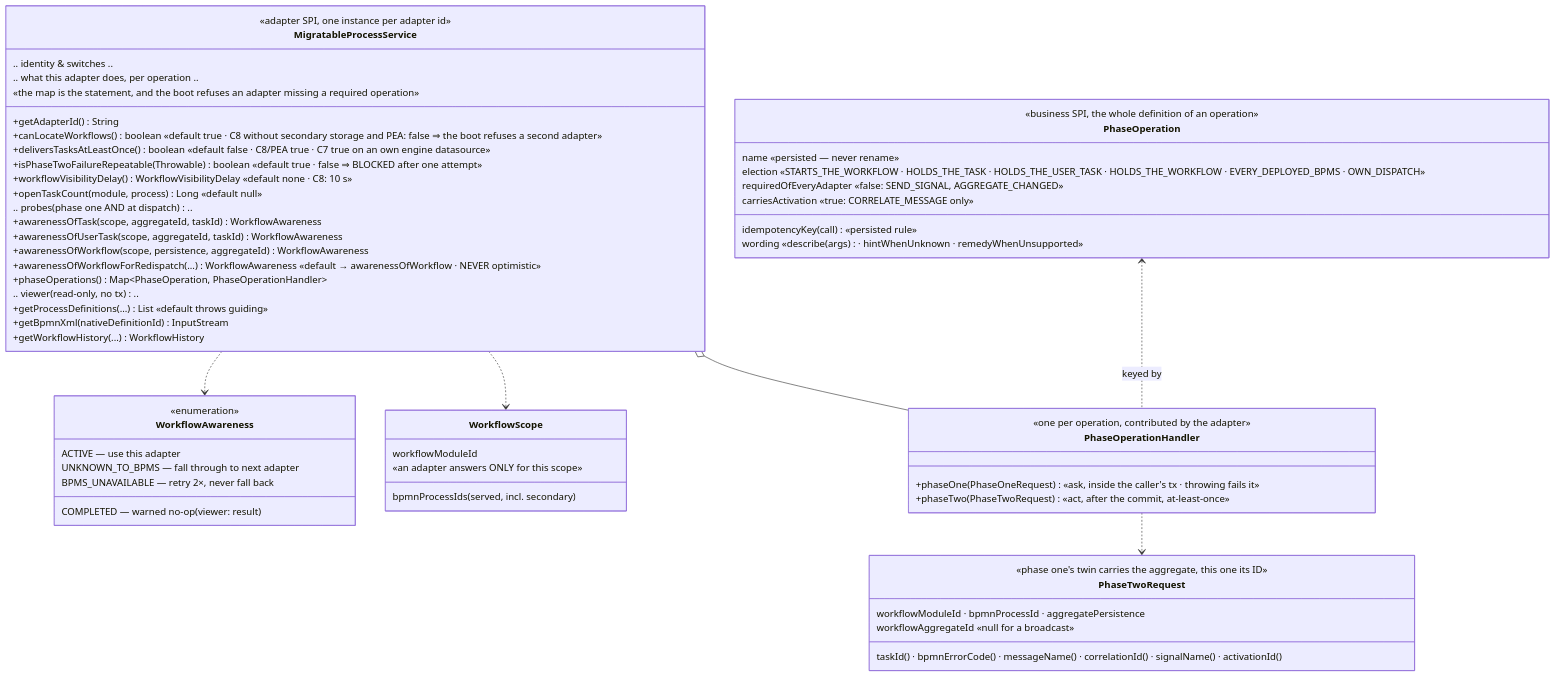
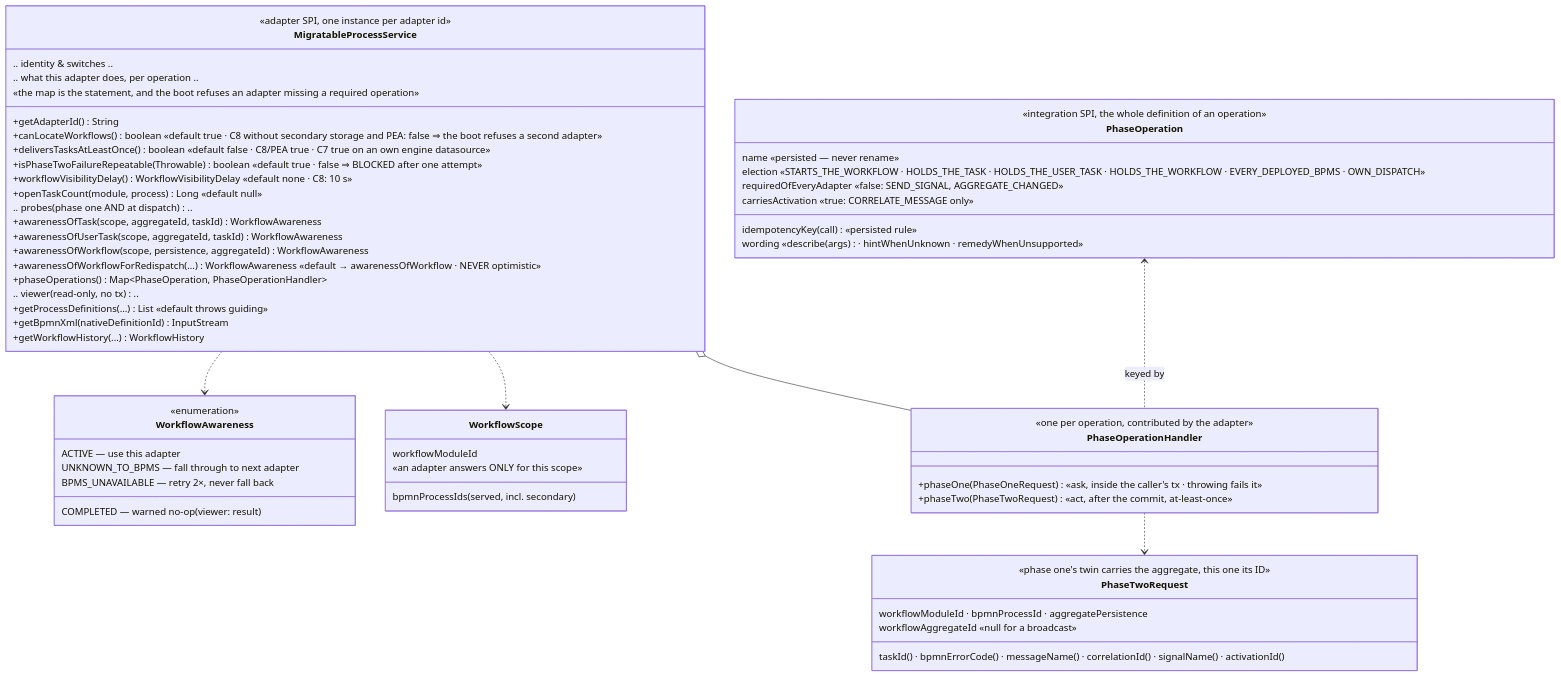
One commit to vanillabp/adapter-platform-integration changed the tenth of 15 diagrams in migration-adapter/README.md. Above: the diagram before and after it, drawn with Mermaid. The commit also changed other lines of this file and 77 other files, not shown here.

````diff
--- a/migration-adapter/README.md
+++ b/migration-adapter/README.md
@@ -1413,62 +1413,62 @@
 ```mermaid
 classDiagram
   class MigratableProcessService {
     <<adapter SPI, one instance per adapter id>>
     +getAdapterId() String
     .. identity & switches ..
     +canLocateWorkflows() boolean  «default true · C8 without secondary storage and PEA: false ⇒ the boot refuses a second adapter»
     +deliversTasksAtLeastOnce() boolean  «default false · C8/PEA true · C7 true on an own engine datasource»
     +isPhaseTwoFailureRepeatable(Throwable) boolean  «default true · false ⇒ BLOCKED after one attempt»
     +workflowVisibilityDelay() WorkflowVisibilityDelay  «default none · C8: 10 s»
     +openTaskCount(module, process) Long  «default null»
     .. probes (phase one AND at dispatch) ..
     +awarenessOfTask(scope, aggregateId, taskId) WorkflowAwareness
     +awarenessOfUserTask(scope, aggregateId, taskId) WorkflowAwareness
     +awarenessOfWorkflow(scope, persistence, aggregateId) WorkflowAwareness
     +awarenessOfWorkflowForRedispatch(...) WorkflowAwareness  «default → awarenessOfWorkflow · NEVER optimistic»
     .. what this adapter does, per operation ..
     +phaseOperations() Map~PhaseOperation, PhaseOperationHandler~
     «the map is the statement, and the boot refuses an adapter missing a required operation»
     .. viewer (read-only, no tx) ..
     +getProcessDefinitions(...) List  «default throws guiding»
     +getBpmnXml(nativeDefinitionId) InputStream
     +getWorkflowHistory(...) WorkflowHistory
   }
   class WorkflowAwareness {
     <<enumeration>>
     ACTIVE — use this adapter
     COMPLETED — warned no-op (viewer: result)
     UNKNOWN_TO_BPMS — fall through to next adapter
     BPMS_UNAVAILABLE — retry 2×, never fall back
   }
   class WorkflowScope {
     workflowModuleId
     bpmnProcessIds (served, incl. secondary)
     «an adapter answers ONLY for this scope»
   }
   class PhaseOperationHandler {
     <<one per operation, contributed by the adapter>>
     +phaseOne(PhaseOneRequest)  «ask, inside the caller's tx · throwing fails it»
     +phaseTwo(PhaseTwoRequest)  «act, after the commit, at-least-once»
   }
   class PhaseOperation {
-    <<business SPI, the whole definition of an operation>>
+    <<integration SPI, the whole definition of an operation>>
     name  «persisted — never rename»
     idempotencyKey(call)  «persisted rule»
     election  «STARTS_THE_WORKFLOW · HOLDS_THE_TASK · HOLDS_THE_USER_TASK · HOLDS_THE_WORKFLOW · EVERY_DEPLOYED_BPMS · OWN_DISPATCH»
     requiredOfEveryAdapter  «false: SEND_SIGNAL, AGGREGATE_CHANGED»
     carriesActivation  «true: CORRELATE_MESSAGE only»
     wording  «describe(args) · hintWhenUnknown · remedyWhenUnsupported»
   }
   class PhaseTwoRequest {
     <<phase one's twin carries the aggregate, this one its ID>>
     workflowModuleId · bpmnProcessId · aggregatePersistence
     workflowAggregateId  «null for a broadcast»
     taskId() · bpmnErrorCode() · messageName() · correlationId() · signalName() · activationId()
   }
   MigratableProcessService ..> WorkflowAwareness
   MigratableProcessService ..> WorkflowScope
   MigratableProcessService o-- PhaseOperationHandler
   PhaseOperationHandler ..> PhaseTwoRequest
   PhaseOperation <.. PhaseOperationHandler : keyed by
 ```
````
